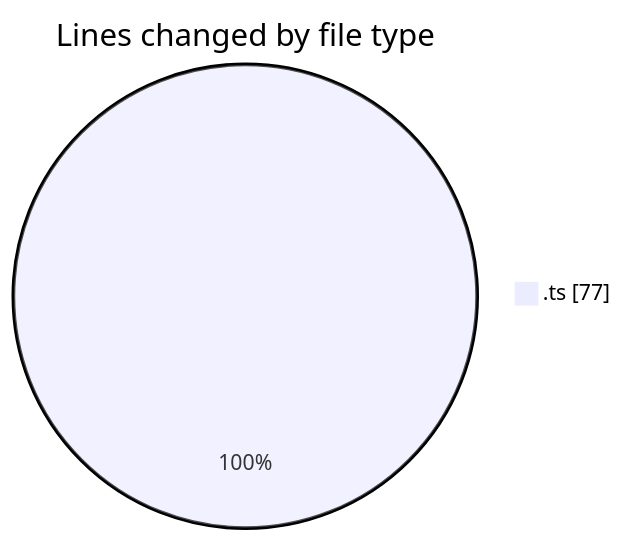
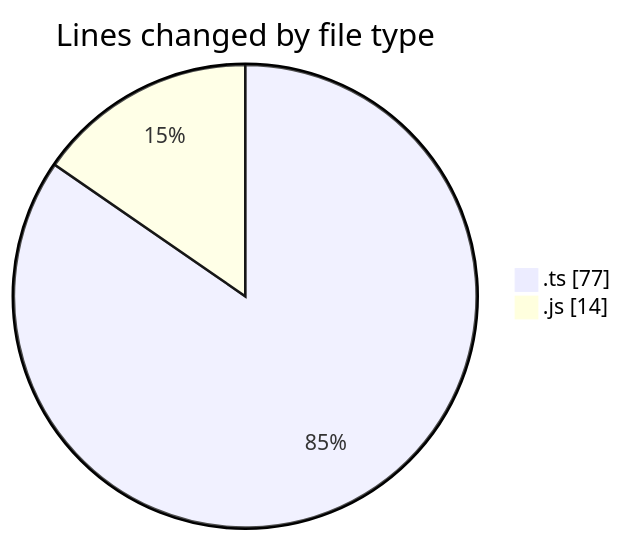
The first of 2 diagrams in 2026-11-03/cda/README.md (momahboobian/code-tracking), drawn with Mermaid before and after one commit. The commit also changed other lines of this file and 1 other file, not shown here.

````diff
--- a/2026-11-03/cda/README.md
+++ b/2026-11-03/cda/README.md
@@ -21,5 +22,6 @@
 ```mermaid
 pie showData
 title Lines changed by file type
 ".ts" : 77
+".js" : 14
 ```
````
